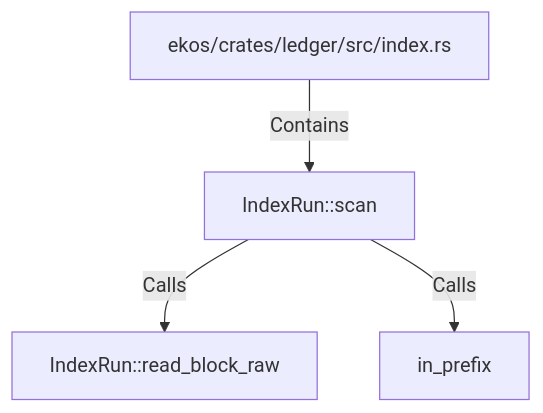
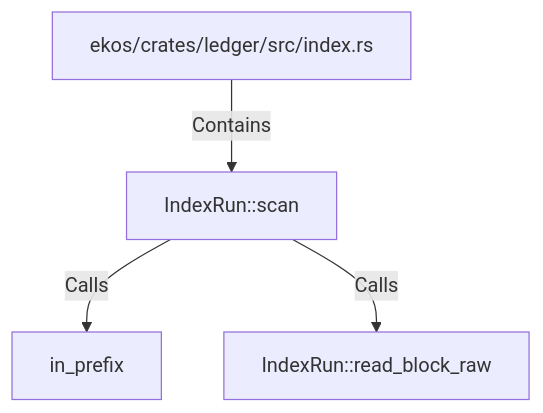
One commit to alexeyban/EKOS changed the diagram in doc/entities/rustsymbol/in/indexrun-scan.md. Above: the diagram before and after it, drawn with Mermaid. The commit also changed other lines of this file and 552 other files, not shown here.

````diff
--- a/doc/entities/rustsymbol/in/indexrun-scan.md
+++ b/doc/entities/rustsymbol/in/indexrun-scan.md
@@ -22,10 +22,10 @@
 ```mermaid
 graph TD
     nb5797161ebeb56398a39f3a0a5517ee2["IndexRun::scan"]
     na43fa3872cac5166bfc2ae4c965fc2ac["ekos/crates/ledger/src/index.rs"]
     na43fa3872cac5166bfc2ae4c965fc2ac -->|Contains| nb5797161ebeb56398a39f3a0a5517ee2
+    n5aefd26680725c7ca7da5e830d6c975d["in_prefix"]
+    nb5797161ebeb56398a39f3a0a5517ee2 -->|Calls| n5aefd26680725c7ca7da5e830d6c975d
     nd34fdca8cb7f5efabf77acf0e6f3479b["IndexRun::read_block_raw"]
     nb5797161ebeb56398a39f3a0a5517ee2 -->|Calls| nd34fdca8cb7f5efabf77acf0e6f3479b
-    n5aefd26680725c7ca7da5e830d6c975d["in_prefix"]
-    nb5797161ebeb56398a39f3a0a5517ee2 -->|Calls| n5aefd26680725c7ca7da5e830d6c975d
 ```
````
